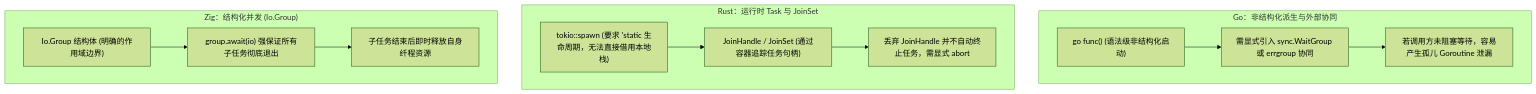
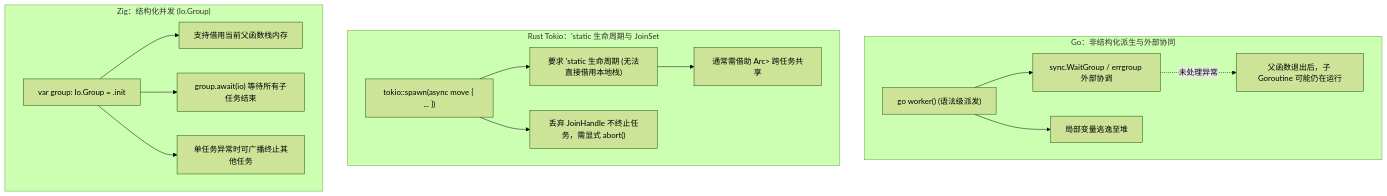
One commit to jiacai2050/x changed the first of 2 diagrams in zig-io/src/concepts/tasks-futures-and-groups.md. Above: the diagram before and after it, drawn with Mermaid (forest theme). The commit also changed other lines of this file and 28 other files, not shown here.

````diff
--- a/zig-io/src/concepts/tasks-futures-and-groups.md
+++ b/zig-io/src/concepts/tasks-futures-and-groups.md
@@ -9,23 +13,31 @@
 ```mermaid
 graph TB
     subgraph GoModel ["Go：非结构化派生与外部协同"]
-        G_Go["go func() (语法级非结构化启动)"]
-        G_WG["需显式引入 sync.WaitGroup 或 errgroup 协同"]
-        G_Leak["若调用方未阻塞等待，容易产生孤儿 Goroutine 泄漏"]
-        G_Go --> G_WG --> G_Leak
+        G_Go["go worker() (语法级派发)"]
+        G_WG["sync.WaitGroup / errgroup 外部协调"]
+        G_Escape["局部变量逃逸至堆"]
+        G_Leak["父函数退出后，子 Goroutine 可能仍在运行"]
+        G_Go --> G_WG
+        G_Go --> G_Escape
+        G_WG -.->|未处理异常| G_Leak
     end
 
-    subgraph RustModel ["Rust：运行时 Task 与 JoinSet"]
-        R_Spawn["tokio::spawn (要求 'static 生命周期，无法直接借用本地栈)"]
-        R_Join["JoinHandle / JoinSet (通过容器追踪任务句柄)"]
-        R_Cancel["丢弃 JoinHandle 并不自动终止任务，需显式 abort"]
-        R_Spawn --> R_Join --> R_Cancel
+    subgraph RustTokio ["Rust Tokio：'static 生命周期与 JoinSet"]
+        R_Spawn["tokio::spawn(async move { ... })"]
+        R_Static["要求 'static 生命周期 (无法直接借用本地栈)"]
+        R_Arc["通常需借助 Arc<Mutex<T>> 跨任务共享"]
+        R_Abort["丢弃 JoinHandle 不终止任务，需显式 abort()"]
+        R_Spawn --> R_Static --> R_Arc
+        R_Spawn --> R_Abort
     end
 
-    subgraph ZigModel ["Zig：结构化并发 (Io.Group)"]
-        Z_Group["Io.Group 结构体 (明确的作用域边界)"]
-        Z_Await["group.await(io) 强保证所有子任务彻底退出"]
-        Z_EarlyFree["子任务结束后即时释放自身纤程资源"]
-        Z_Group --> Z_Await --> Z_EarlyFree
+    subgraph ZigGroup ["Zig：结构化并发 (Io.Group)"]
+        Z_Group["var group: Io.Group = .init"]
+        Z_Stack["支持借用当前父函数栈内存"]
+        Z_Await["group.await(io) 等待所有子任务结束"]
+        Z_AutoCancel["单任务异常时可广播终止其他任务"]
+        Z_Group --> Z_Stack
+        Z_Group --> Z_Await
+        Z_Group --> Z_AutoCancel
     end
 ```
````
